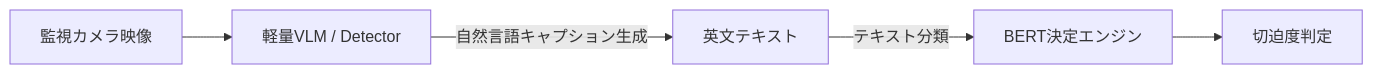
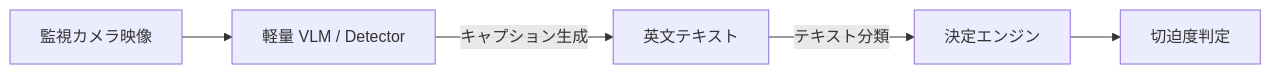
One commit to miyabiver39/VisionLocalJev changed the second of 3 diagrams in docs/qiita_article.md. Above: the diagram before and after it, drawn with Mermaid. The commit also changed other lines of this file, not shown here.

````diff
--- a/docs/qiita_article.md
+++ b/docs/qiita_article.md
@@ -21,7 +61,7 @@
 ```mermaid
 flowchart LR
-    A[監視カメラ映像] --> B[軽量VLM / Detector]
-    B -->|自然言語キャプション生成| C[英文テキスト]
-    C -->|テキスト分類| D[BERT決定エンジン]
+    A[監視カメラ映像] --> B[軽量 VLM / Detector]
+    B -->|キャプション生成| C[英文テキスト]
+    C -->|テキスト分類| D[決定エンジン]
     D --> E[切迫度判定]
 ```
````
